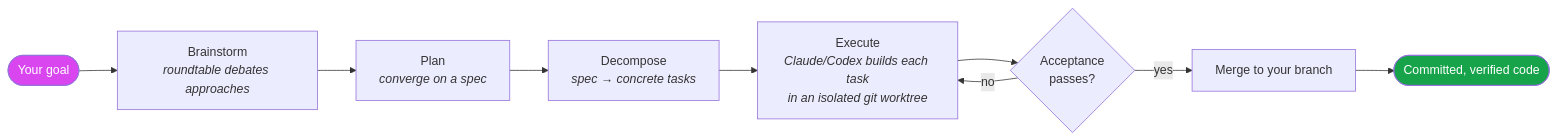
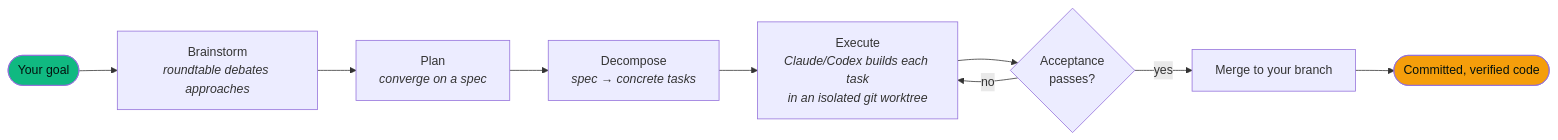
Before and after one commit to waksanjeewa/quorum: the first of 4 diagrams in docs/architecture.md, drawn with Mermaid. The commit also changed other lines of this file and 28 other files, not shown here.

````diff
--- a/docs/architecture.md
+++ b/docs/architecture.md
@@ -16,13 +16,13 @@
 ```mermaid
 flowchart LR
     G([Your goal]) --> B[Brainstorm<br/><i>roundtable debates approaches</i>]
     B --> P[Plan<br/><i>converge on a spec</i>]
     P --> D[Decompose<br/><i>spec → concrete tasks</i>]
     D --> E[Execute<br/><i>Claude/Codex builds each task<br/>in an isolated git worktree</i>]
     E --> V{Acceptance<br/>passes?}
     V -- yes --> M[Merge to your branch]
     V -- no --> E
     M --> Done([Committed, verified code])
-    style G fill:#d946ef,color:#fff
-    style Done fill:#16a34a,color:#fff
+    style G fill:#10B981,color:#04120e
+    style Done fill:#F59E0B,color:#04120e
 ```
````
